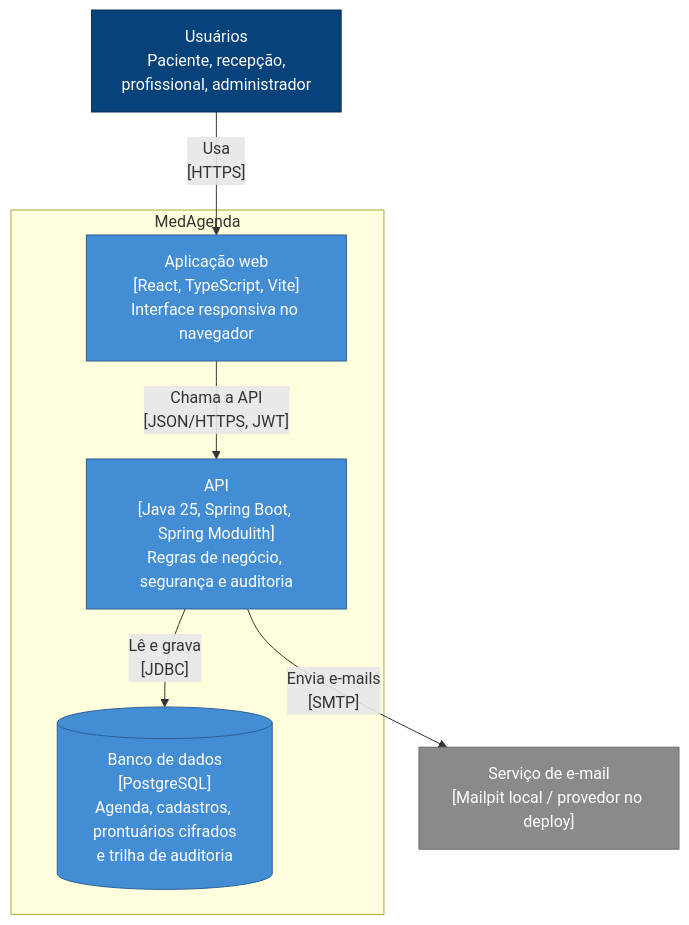
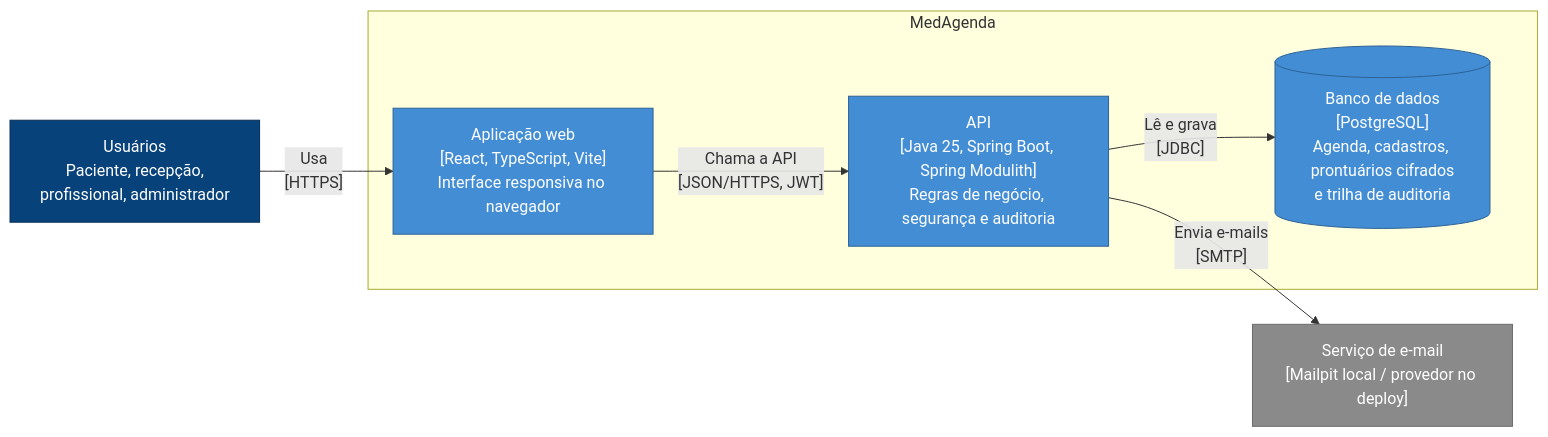
Before and after one commit to Lucas-FV/MedAgenda: the second of 3 diagrams in docs/architecture/README.md, drawn with Mermaid. The commit also changed other lines of this file, not shown here.

Commit message:
docs(architecture): ajusta layout dos diagramas de contexto e containers

````diff
--- a/docs/architecture/README.md
+++ b/docs/architecture/README.md
@@ -40,24 +39,24 @@
 ```mermaid
-flowchart TB
+flowchart LR
     usuarios["Usuários<br/>Paciente, recepção,<br/>profissional, administrador"]
 
     subgraph medagenda["MedAgenda"]
         spa["Aplicação web<br/>[React, TypeScript, Vite]<br/>Interface responsiva no navegador"]
         api["API<br/>[Java 25, Spring Boot, Spring Modulith]<br/>Regras de negócio, segurança e auditoria"]
         db[("Banco de dados<br/>[PostgreSQL]<br/>Agenda, cadastros, prontuários cifrados<br/>e trilha de auditoria")]
     end
 
     email["Serviço de e-mail<br/>[Mailpit local / provedor no deploy]"]
 
     usuarios -->|"Usa<br/>[HTTPS]"| spa
     spa -->|"Chama a API<br/>[JSON/HTTPS, JWT]"| api
     api -->|"Lê e grava<br/>[JDBC]"| db
     api -->|"Envia e-mails<br/>[SMTP]"| email
 
     classDef pessoa fill:#08427b,stroke:#052e56,color:#fff
     classDef container fill:#438dd5,stroke:#2e6295,color:#fff
     classDef externo fill:#8a8a8a,stroke:#6b6b6b,color:#fff
     class usuarios pessoa
     class spa,api,db container
     class email externo
 ```
````
